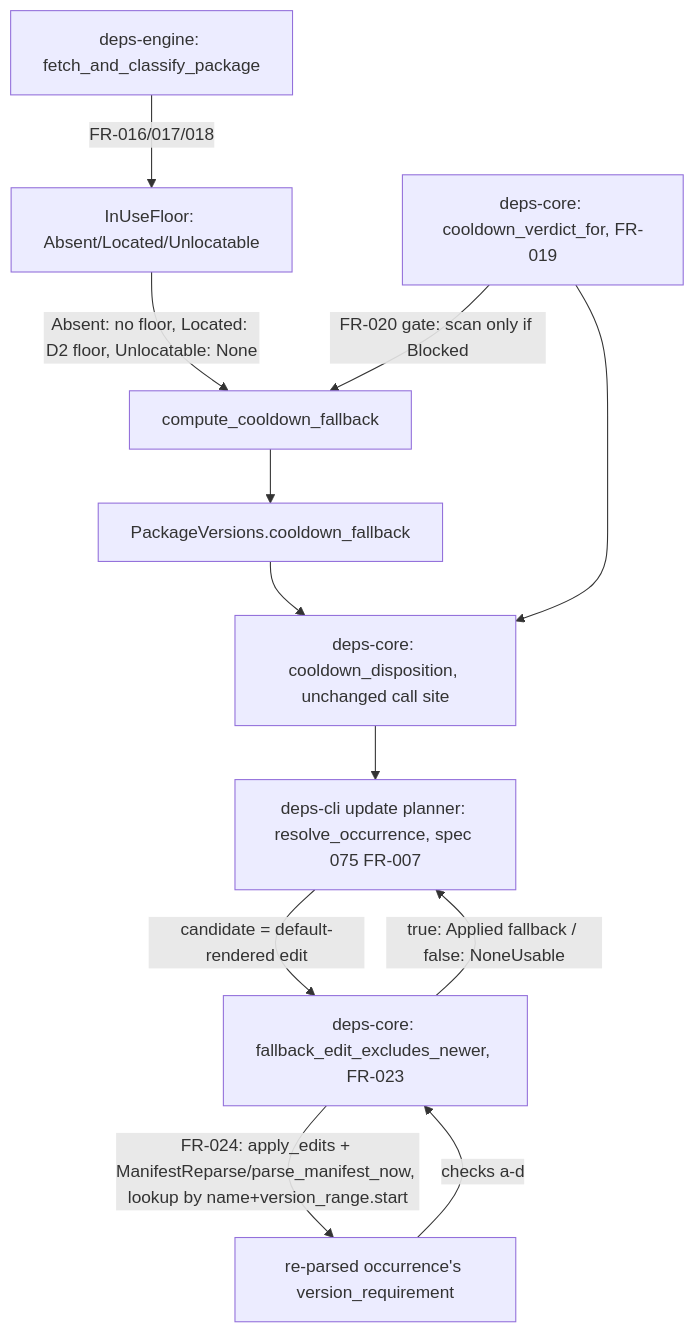
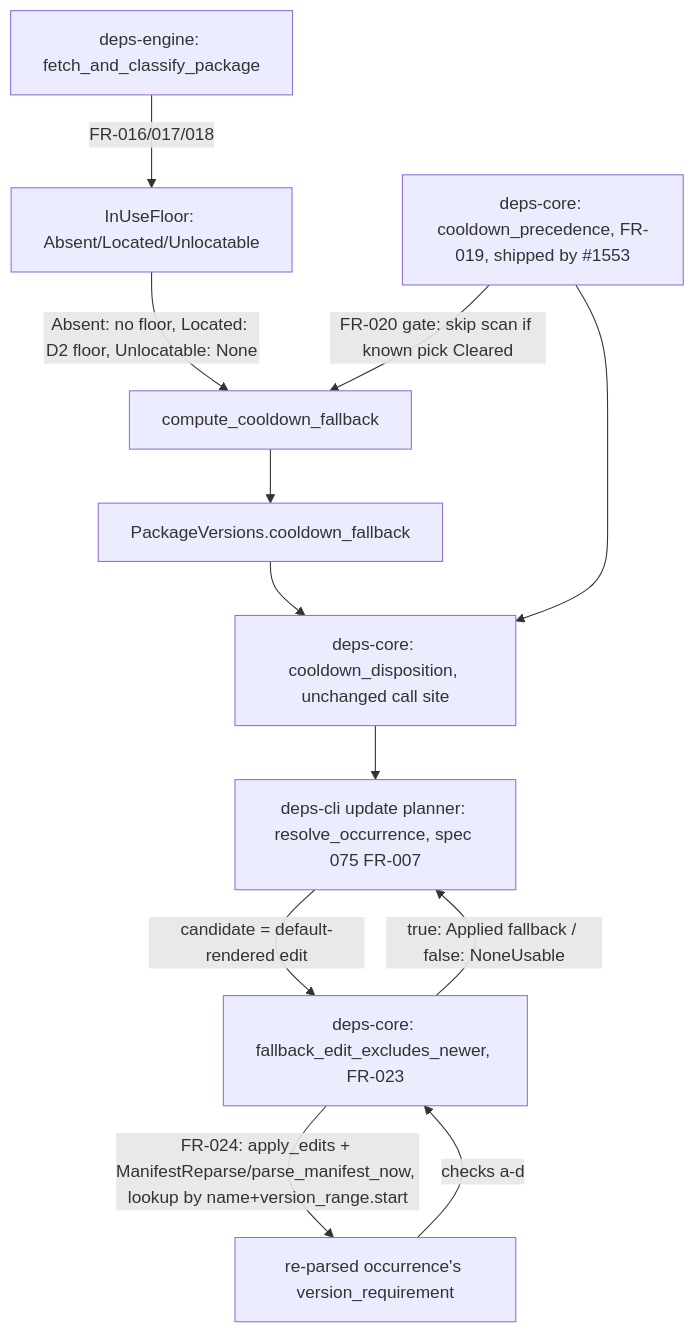
Before and after one commit to bug-ops/deps-lsp: the diagram in specs/076-cli-update-cooldown-fallback-no-lockfile/plan.md, drawn with Mermaid. The commit also changed other lines of this file and 27 other files, not shown here.

First line of the commit message:
feat(deps-core,deps-cli,deps-engine): apply cooldown-fallback guard to no-lockfile range dependencies (#1581)

````diff
--- a/specs/076-cli-update-cooldown-fallback-no-lockfile/plan.md
+++ b/specs/076-cli-update-cooldown-fallback-no-lockfile/plan.md
@@ -82,14 +91,14 @@
 ```mermaid
 graph TD
     A[deps-engine: fetch_and_classify_package] -->|FR-016/017/018| B[InUseFloor: Absent/Located/Unlocatable]
     B -->|Absent: no floor, Located: D2 floor, Unlocatable: None| C[compute_cooldown_fallback]
-    G[deps-core: cooldown_verdict_for, FR-019] -->|FR-020 gate: scan only if Blocked| C
+    G[deps-core: cooldown_precedence, FR-019, shipped by #1553] -->|FR-020 gate: skip scan if known pick Cleared| C
     G --> D[deps-core: cooldown_disposition, unchanged call site]
     C --> E[PackageVersions.cooldown_fallback]
     E --> D
     D --> F[deps-cli update planner: resolve_occurrence, spec 075 FR-007]
     F -->|candidate = default-rendered edit| H[deps-core: fallback_edit_excludes_newer, FR-023]
     H -->|FR-024: apply_edits + ManifestReparse/parse_manifest_now, lookup by name+version_range.start| I[re-parsed occurrence's version_requirement]
     I -->|checks a-d| H
     H -->|true: Applied fallback / false: NoneUsable| F
 ```
````
